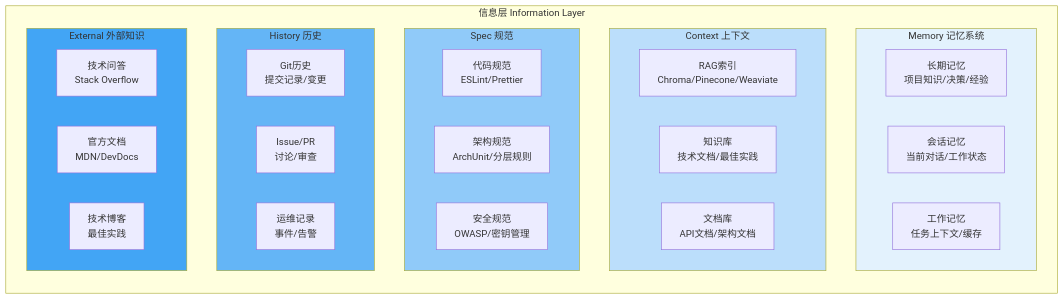
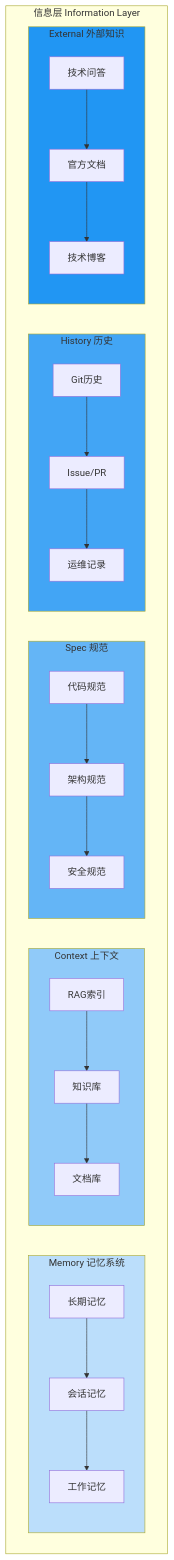
The second of 7 diagrams in articles/ai-assisted-dev-toolmap.md (yves960/articles), drawn with Mermaid before and after one commit. The commit also changed other lines of this file, not shown here.

First line of the commit message:
docs: 修正结构 - Harness包围Agent，DevOps流程独立在外

````diff
--- a/articles/ai-assisted-dev-toolmap.md
+++ b/articles/ai-assisted-dev-toolmap.md
@@ -73,42 +61,45 @@
 ```mermaid
 graph TB
     subgraph Information["信息层 Information Layer"]
-        direction TB
-        
         subgraph Memory["Memory 记忆系统"]
-            M1[长期记忆<br/>项目知识/决策/经验]
-            M2[会话记忆<br/>当前对话/工作状态]
-            M3[工作记忆<br/>任务上下文/缓存]
+            M1[长期记忆]
+            M2[会话记忆]
+            M3[工作记忆]
+            M1 --> M2 --> M3
         end
         
         subgraph Context["Context 上下文"]
-            C1[RAG索引<br/>Chroma/Pinecone/Weaviate]
-            C2[知识库<br/>技术文档/最佳实践]
-            C3[文档库<br/>API文档/架构文档]
+            C1[RAG索引]
+            C2[知识库]
+            C3[文档库]
+            C1 --> C2 --> C3
         end
         
         subgraph Spec["Spec 规范"]
-            S1[代码规范<br/>ESLint/Prettier]
-            S2[架构规范<br/>ArchUnit/分层规则]
-            S3[安全规范<br/>OWASP/密钥管理]
+            S1[代码规范]
+            S2[架构规范]
+            S3[安全规范]
+            S1 --> S2 --> S3
         end
         
         subgraph History["History 历史"]
-            H1[Git历史<br/>提交记录/变更]
-            H2[Issue/PR<br/>讨论/审查]
-            H3[运维记录<br/>事件/告警]
+            H1[Git历史]
+            H2[Issue/PR]
+            H3[运维记录]
+            H1 --> H2 --> H3
         end
         
         subgraph External["External 外部知识"]
-            X1[技术问答<br/>Stack Overflow]
-            X2[官方文档<br/>MDN/DevDocs]
-            X3[技术博客<br/>最佳实践]
+            X1[技术问答]
+            X2[官方文档]
+            X3[技术博客]
+            X1 --> X2 --> X3
         end
     end
     
-    style Memory fill:#e3f2fd
-    style Context fill:#bbdefb
-    style Spec fill:#90caf9
-    style History fill:#64b5f6
-    style External fill:#42a5f5
+    style Memory fill:#bbdefb
+    style Context fill:#90caf9
+    style Spec fill:#64b5f6
+    style History fill:#42a5f5
+    style External fill:#2196f3
 ```
````
